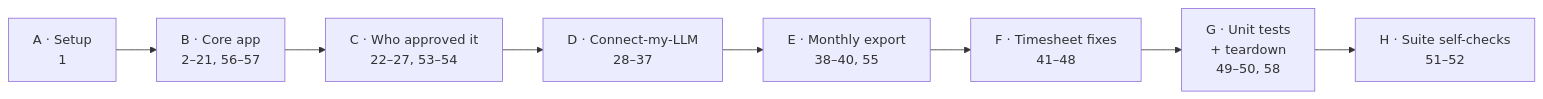
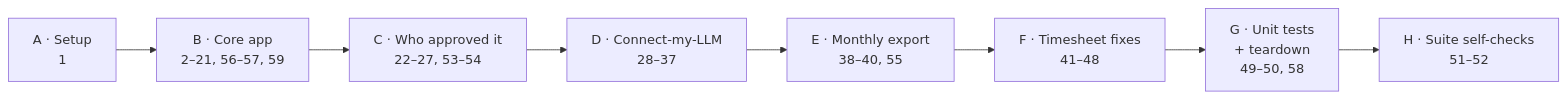
The third of 3 diagrams in README.md (JoshNorris-Titan/titan-time-e2e), drawn with Mermaid before and after one commit. The commit also changed other lines of this file and 1 other file, not shown here.

````diff
--- a/README.md
+++ b/README.md
@@ -128,6 +128,6 @@
 ```mermaid
 flowchart LR
-  A["A · Setup<br/>1"] --> B["B · Core app<br/>2–21, 56–57"] --> C["C · Who approved it<br/>22–27, 53–54"] --> D["D · Connect-my-LLM<br/>28–37"]
+  A["A · Setup<br/>1"] --> B["B · Core app<br/>2–21, 56–57, 59"] --> C["C · Who approved it<br/>22–27, 53–54"] --> D["D · Connect-my-LLM<br/>28–37"]
   D --> E["E · Monthly export<br/>38–40, 55"] --> F["F · Timesheet fixes<br/>41–48"] --> G["G · Unit tests<br/>+ teardown<br/>49–50, 58"]
   G --> H["H · Suite self-checks<br/>51–52"]
 ```
````
